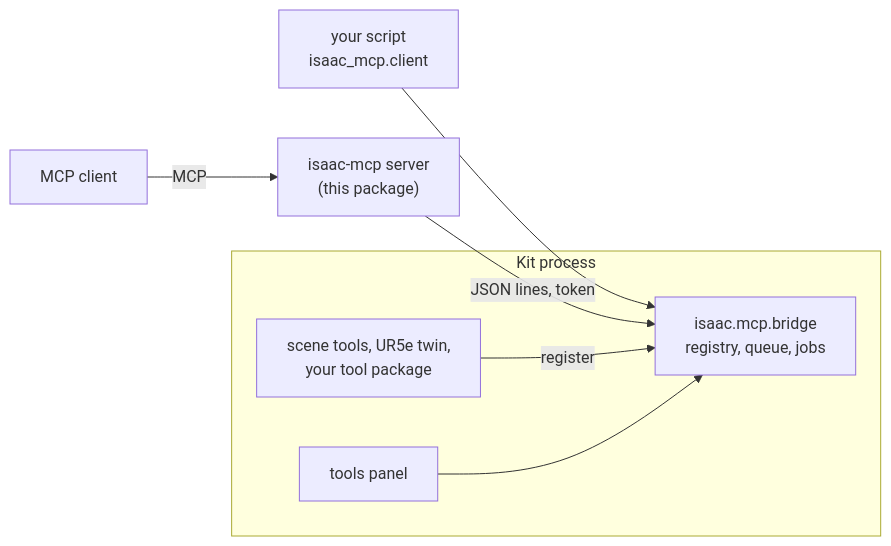
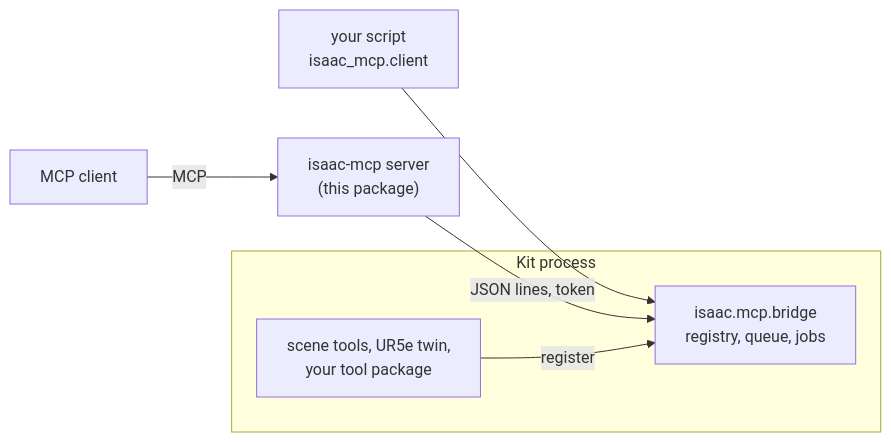
Before and after one commit to kalebcoleman/isaac-mcp: the diagram in mcp/README.md, drawn with Mermaid. The commit also changed other lines of this file and 17 other files, not shown here.

````diff
--- a/mcp/README.md
+++ b/mcp/README.md
@@ -59,11 +59,10 @@
 ```mermaid
 flowchart LR
     AGENT["MCP client"] -->|MCP| HOST["isaac-mcp server<br/>(this package)"]
     SCRIPT["your script<br/>isaac_mcp.client"] --> BRIDGE
     HOST -->|"JSON lines, token"| BRIDGE
     subgraph kit["Kit process"]
         BRIDGE["isaac.mcp.bridge<br/>registry, queue, jobs"]
         PACKS["scene tools, UR5e twin,<br/>your tool package"] -->|register| BRIDGE
-        PANEL["tools panel"] --> BRIDGE
     end
 ```
````
